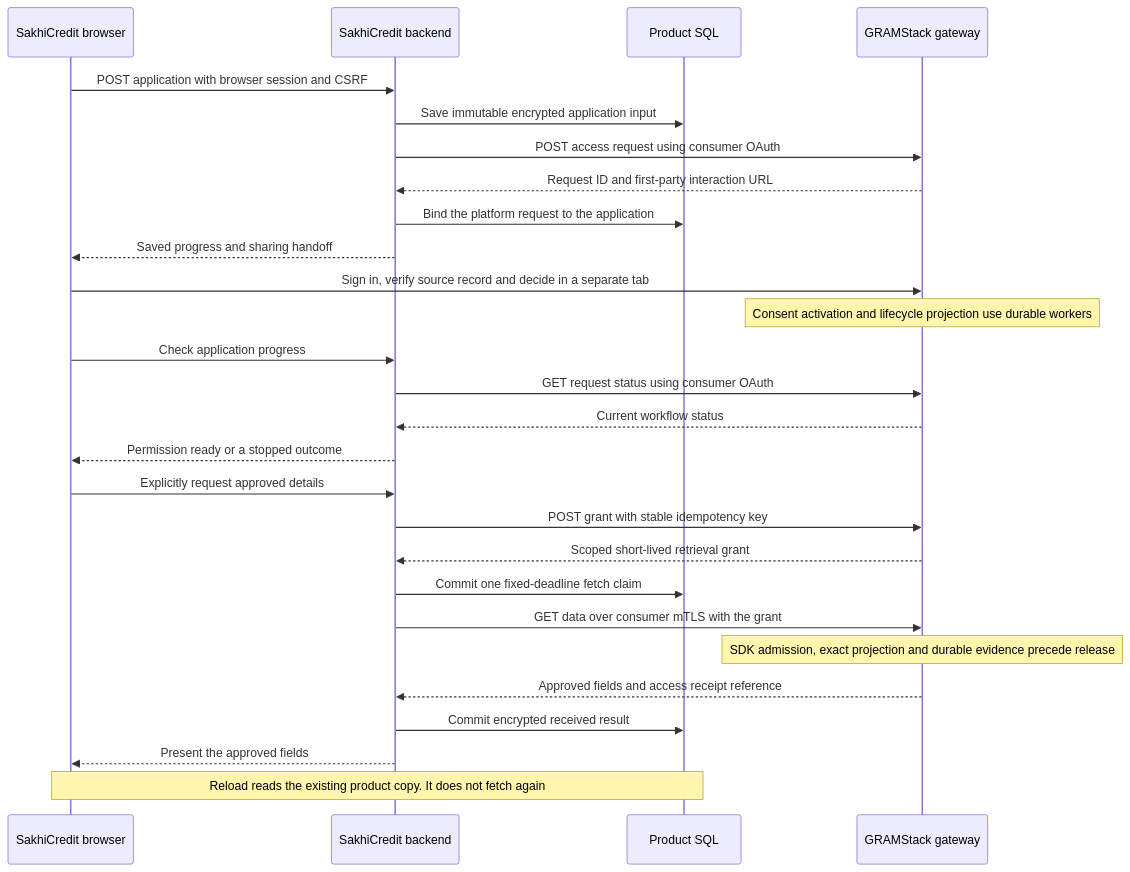
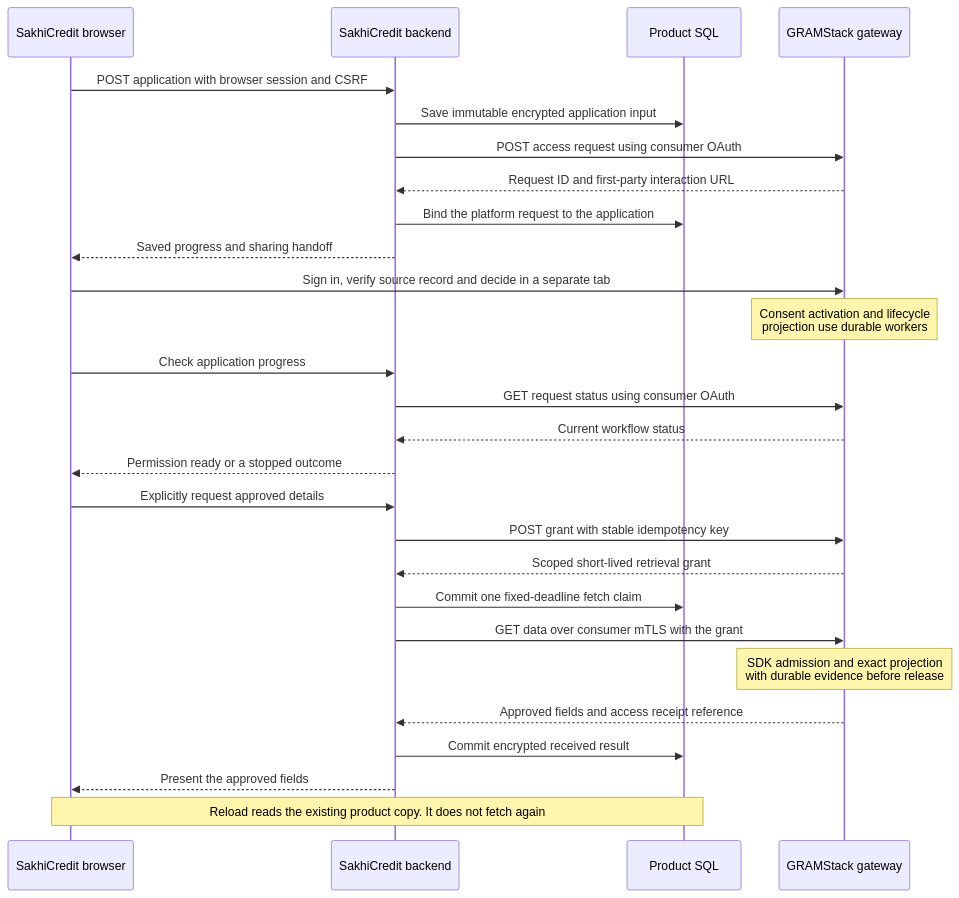
One commit to theflywheel/GRAMStack changed the fourth of 4 diagrams in docs/content/02-architecture.md. Above: the diagram before and after it, drawn with Mermaid. The commit also changed 3 other files, not shown here.

Commit message:
Record product browser acceptance and wrap architecture sequence notes

````diff
--- a/docs/content/02-architecture.md
+++ b/docs/content/02-architecture.md
@@ -146,29 +146,29 @@
 ```mermaid
 sequenceDiagram
     participant B as SakhiCredit browser
     participant P as SakhiCredit backend
     participant S as Product SQL
     participant G as GRAMStack gateway
     B->>P: POST application with browser session and CSRF
     P->>S: Save immutable encrypted application input
     P->>G: POST access request using consumer OAuth
     G-->>P: Request ID and first-party interaction URL
     P->>S: Bind the platform request to the application
     P-->>B: Saved progress and sharing handoff
     B->>G: Sign in, verify source record and decide in a separate tab
-    Note over G: Consent activation and lifecycle projection use durable workers
+    Note over G: Consent activation and lifecycle<br/>projection use durable workers
     B->>P: Check application progress
     P->>G: GET request status using consumer OAuth
     G-->>P: Current workflow status
     P-->>B: Permission ready or a stopped outcome
     B->>P: Explicitly request approved details
     P->>G: POST grant with stable idempotency key
     G-->>P: Scoped short-lived retrieval grant
     P->>S: Commit one fixed-deadline fetch claim
     P->>G: GET data over consumer mTLS with the grant
-    Note over G: SDK admission, exact projection and durable evidence precede release
+    Note over G: SDK admission and exact projection<br/>with durable evidence before release
     G-->>P: Approved fields and access receipt reference
     P->>S: Commit encrypted received result
     P-->>B: Present the approved fields
     Note over B,S: Reload reads the existing product copy. It does not fetch again
 ```
````
